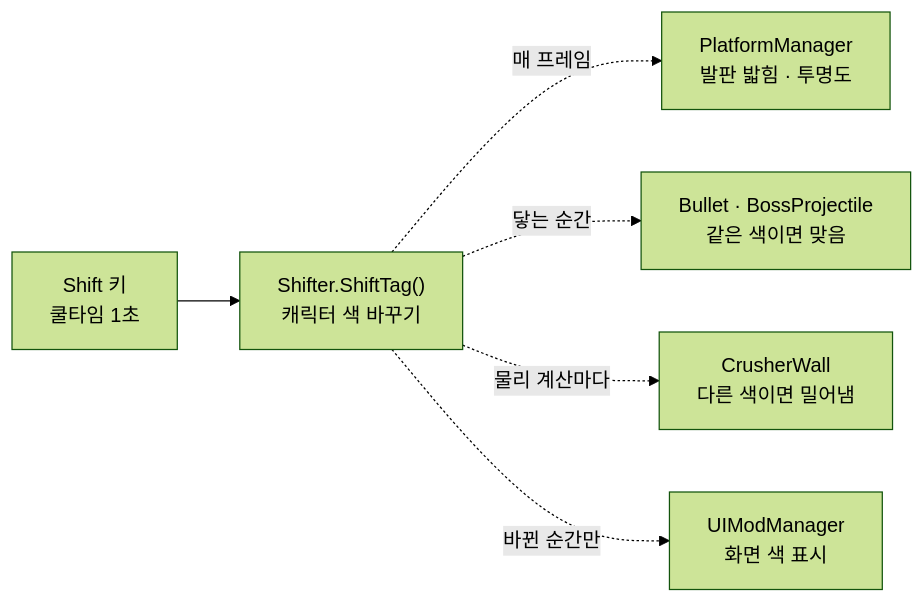
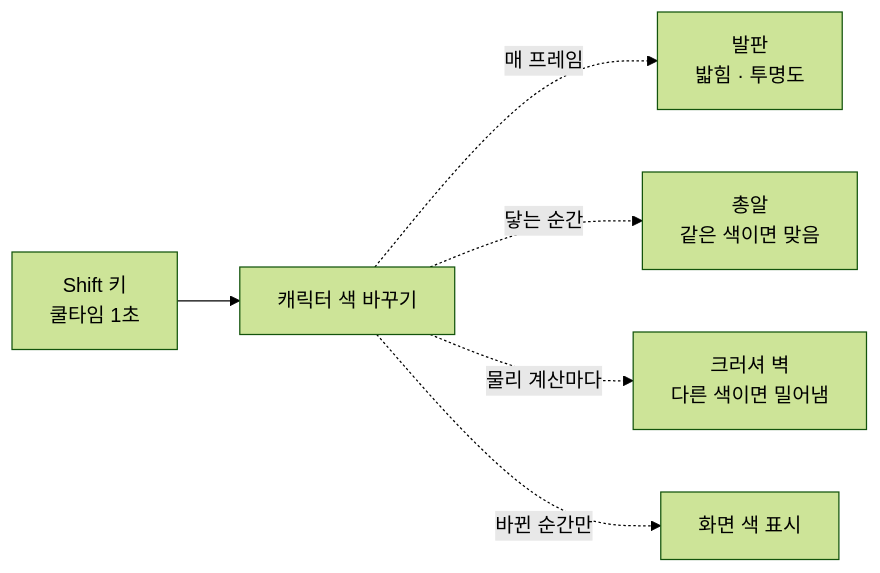
One commit to krKooHoo/portfolio-template changed the third of 6 diagrams in src/Shifter/Shifter_기술문서.md. Above: the diagram before and after it, drawn with Mermaid (forest theme). The commit also changed other lines of this file and 2 other files, not shown here.

````diff
--- a/src/Shifter/Shifter_기술문서.md
+++ b/src/Shifter/Shifter_기술문서.md
@@ -150,8 +142,8 @@
 ```mermaid
 flowchart LR
-    K["Shift 키<br/>쿨타임 1초"] --> T["Shifter.ShiftTag()<br/>캐릭터 색 바꾸기"]
-    T -.->|"매 프레임"| PM["PlatformManager<br/>발판 밟힘 · 투명도"]
-    T -.->|"닿는 순간"| PR["Bullet · BossProjectile<br/>같은 색이면 맞음"]
-    T -.->|"물리 계산마다"| CW["CrusherWall<br/>다른 색이면 밀어냄"]
-    T -.->|"바뀐 순간만"| UI["UIModManager<br/>화면 색 표시"]
+    K["Shift 키<br/>쿨타임 1초"] --> T["캐릭터 색 바꾸기"]
+    T -.->|"매 프레임"| PM["발판<br/>밟힘 · 투명도"]
+    T -.->|"닿는 순간"| PR["총알<br/>같은 색이면 맞음"]
+    T -.->|"물리 계산마다"| CW["크러셔 벽<br/>다른 색이면 밀어냄"]
+    T -.->|"바뀐 순간만"| UI["화면 색 표시"]
 ```
````
